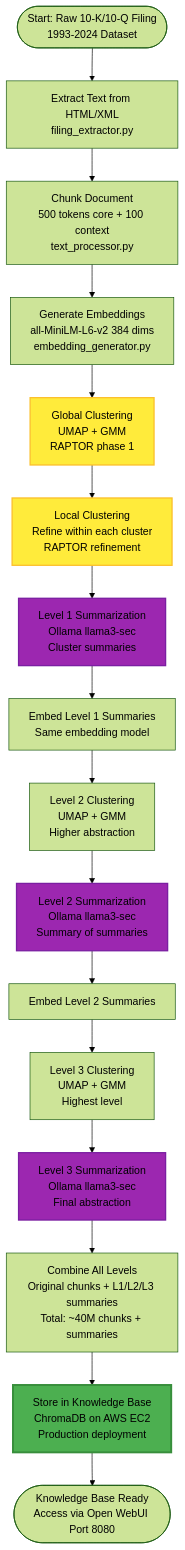
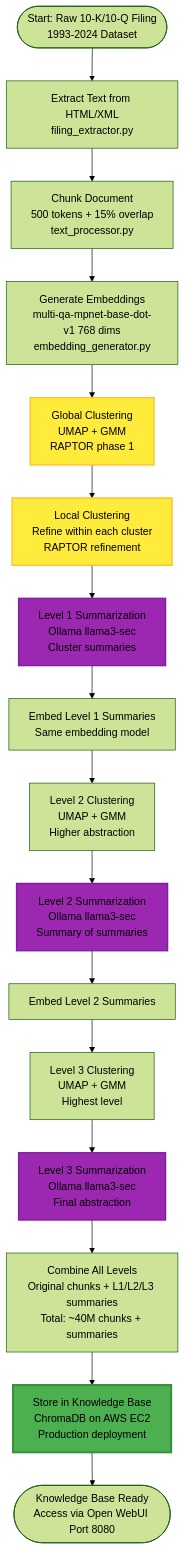
The diagram in notebooks/diagrams/raptor_pipeline.mmd (kibbbles/edgar_anomaly_detection), drawn with Mermaid (forest theme) before and after one commit. The commit also changed 1 other file, not shown here.

Commit message:
Update RAPTOR pipeline diagram with correct chunking and embedding model
- Change chunking description: "500 tokens core + 100 context" → "500 tokens + 15% overlap"
- Update embedding model: "all-MiniLM-L6-v2 384 dims" → "multi-qa-mpnet-base-dot-v1 768 dims"
- Regenerate raptor_pipeline.png

Generated with [Claude Code](https://claude.com/claude-code)

```diff
--- a/notebooks/diagrams/raptor_pipeline.mmd
+++ b/notebooks/diagrams/raptor_pipeline.mmd
@@ -1,28 +1,28 @@
 flowchart TD
     Start([Start: Raw 10-K/10-Q Filing<br/>1993-2024 Dataset]) --> Extract[Extract Text from HTML/XML<br/>filing_extractor.py]
-    Extract --> Chunk[Chunk Document<br/>500 tokens core + 100 context<br/>text_processor.py]
-    Chunk --> Embed1[Generate Embeddings<br/>all-MiniLM-L6-v2 384 dims<br/>embedding_generator.py]
+    Extract --> Chunk[Chunk Document<br/>500 tokens + 15% overlap<br/>text_processor.py]
+    Chunk --> Embed1[Generate Embeddings<br/>multi-qa-mpnet-base-dot-v1 768 dims<br/>embedding_generator.py]
 
     Embed1 --> GlobalCluster[Global Clustering<br/>UMAP + GMM<br/>RAPTOR phase 1]
     GlobalCluster --> LocalCluster[Local Clustering<br/>Refine within each cluster<br/>RAPTOR refinement]
 
     LocalCluster --> Summarize1[Level 1 Summarization<br/>Ollama llama3-sec<br/>Cluster summaries]
     Summarize1 --> Embed2[Embed Level 1 Summaries<br/>Same embedding model]
 
     Embed2 --> Cluster2[Level 2 Clustering<br/>UMAP + GMM<br/>Higher abstraction]
     Cluster2 --> Summarize2[Level 2 Summarization<br/>Ollama llama3-sec<br/>Summary of summaries]
 
     Summarize2 --> Embed3[Embed Level 2 Summaries]
     Embed3 --> Cluster3[Level 3 Clustering<br/>UMAP + GMM<br/>Highest level]
     Cluster3 --> Summarize3[Level 3 Summarization<br/>Ollama llama3-sec<br/>Final abstraction]
 
     Summarize3 --> Combine[Combine All Levels<br/>Original chunks + L1/L2/L3 summaries<br/>Total: ~40M chunks + summaries]
     Combine --> Store[Store in Knowledge Base<br/>ChromaDB on AWS EC2<br/>Production deployment]
     Store --> End([Knowledge Base Ready<br/>Access via Open WebUI Port 8080])
 
     style GlobalCluster fill:#ffeb3b,stroke:#fbc02d,stroke-width:2px
     style LocalCluster fill:#ffeb3b,stroke:#fbc02d,stroke-width:2px
     style Summarize1 fill:#9c27b0,stroke:#7b1fa2,stroke-width:2px
     style Summarize2 fill:#9c27b0,stroke:#7b1fa2,stroke-width:2px
     style Summarize3 fill:#9c27b0,stroke:#7b1fa2,stroke-width:2px
     style Store fill:#4caf50,stroke:#388e3c,stroke-width:3px
```
